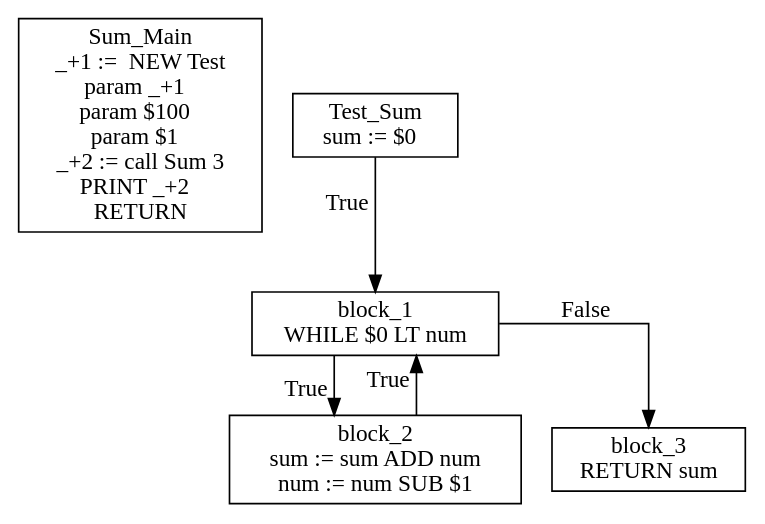
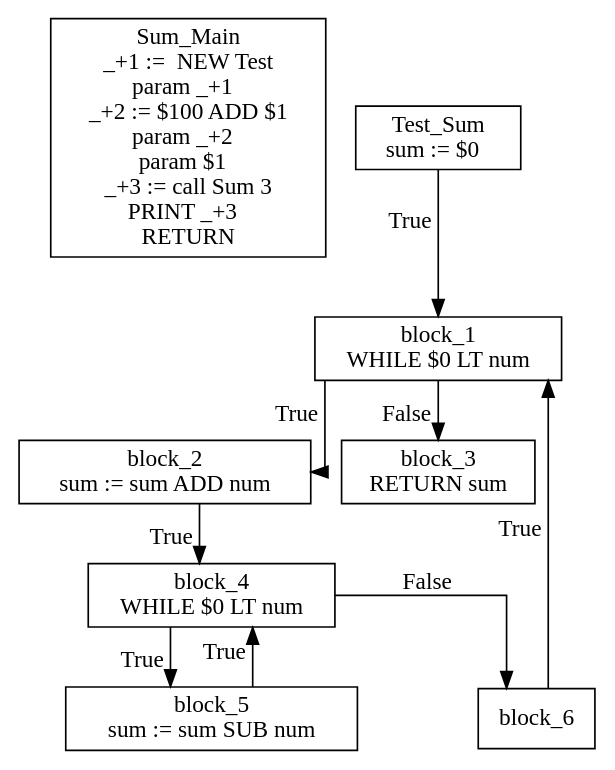
One commit to AvanaPY/DV1655_Lab1 changed the diagram in IR.dot. Above: the diagram before and after it, drawn with Graphviz. The commit also changed 5 other files, not shown here.

```diff
--- a/IR.dot
+++ b/IR.dot
@@ -1,13 +1,20 @@
 digraph {
   graph [splines=ortho]
   node [shape=box]
-  Sum_Main [label="Sum_Main\n_+1 :=  NEW Test\nparam _+1  \nparam $100  \nparam $1  \n_+2 := call Sum 3\nPRINT _+2  \nRETURN \n"];
+  Sum_Main [label="Sum_Main\n_+1 :=  NEW Test\nparam _+1  \n_+2 := $100 ADD $1\nparam _+2  \nparam $1  \n_+3 := call Sum 3\nPRINT _+3  \nRETURN \n"];
   Test_Sum [label="Test_Sum\nsum := $0  \n"];
   Test_Sum -> block_1[xlabel="True"];
   block_1 [label="block_1\nWHILE $0 LT num\n"];
   block_1 -> block_2[xlabel="True"];
-  block_2 [label="block_2\nsum := sum ADD num\nnum := num SUB $1\n"];
-  block_2 -> block_1[xlabel="True"];
+  block_2 [label="block_2\nsum := sum ADD num\n"];
+  block_2 -> block_4[xlabel="True"];
+  block_4 [label="block_4\nWHILE $0 LT num\n"];
+  block_4 -> block_5[xlabel="True"];
+  block_5 [label="block_5\nsum := sum SUB num\n"];
+  block_5 -> block_4[xlabel="True"];
+  block_4 -> block_6[xlabel="False"];
+  block_6 [label="block_6\n"];
+  block_6 -> block_1[xlabel="True"];
   block_1 -> block_3[xlabel="False"];
   block_3 [label="block_3\nRETURN sum\n"];
 }
```
